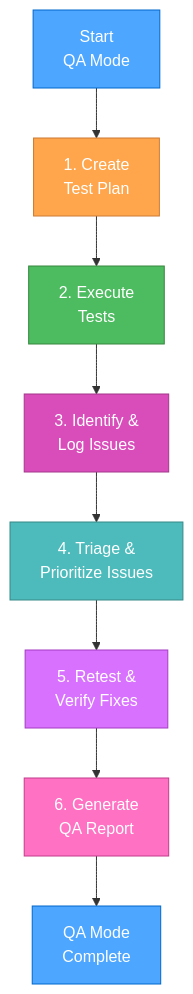
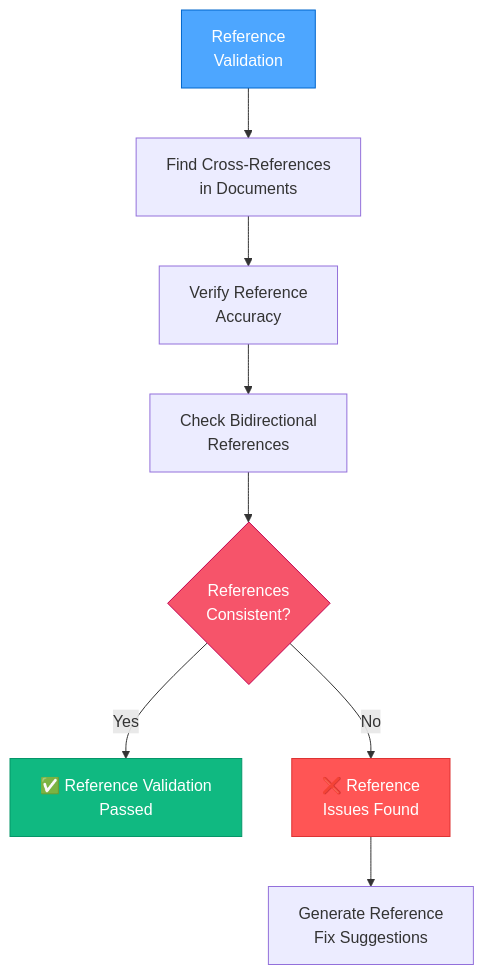
One commit to ubranch/shotgun changed the fifth of 10 diagrams in .cursor/rules/isolation_rules/visual-maps/qa-mode-map.mdc. Above: the diagram before and after it, drawn with Mermaid. The commit also changed other lines of this file and 81 other files, not shown here.

````diff
--- a/.cursor/rules/isolation_rules/visual-maps/qa-mode-map.mdc
+++ b/.cursor/rules/isolation_rules/visual-maps/qa-mode-map.mdc
@@ -13,19 +137,17 @@
 ```mermaid
 graph TD
-    Start["Start<br>QA Mode"] --> Plan["1. Create<br>Test Plan"]
-    Plan --> Execute["2. Execute<br>Tests"]
-    Execute --> Identify["3. Identify &<br>Log Issues"]
-    Identify --> Triage["4. Triage &<br>Prioritize Issues"]
-    Triage --> Retest["5. Retest &<br>Verify Fixes"]
-    Retest --> Report["6. Generate<br>QA Report"]
-    Report --> Complete["QA Mode<br>Complete"]
+    RV["Reference<br>Validation"] --> FindRefs["Find Cross-References<br>in Documents"]
+    FindRefs --> VerifyRefs["Verify Reference<br>Accuracy"]
+    VerifyRefs --> CheckBackRefs["Check Bidirectional<br>References"]
     
-    style Start fill:#4da6ff,stroke:#0066cc,color:white
-    style Plan fill:#ffa64d,stroke:#cc7a30,color:white
-    style Execute fill:#4dbb5f,stroke:#36873f,color:white
-    style Identify fill:#d94dbb,stroke:#a3378a,color:white
-    style Triage fill:#4dbbbb,stroke:#368787,color:white
-    style Retest fill:#d971ff,stroke:#a33bc2,color:white
-    style Report fill:#ff71c2,stroke:#c23b8a,color:white
-    style Complete fill:#4da6ff,stroke:#0066cc,color:white
+    CheckBackRefs --> RefConsistency{"References<br>Consistent?"}
+    RefConsistency -->|"Yes"| PassRefs["✅ Reference Validation<br>Passed"]
+    RefConsistency -->|"No"| FailRefs["❌ Reference<br>Issues Found"]
+    
+    FailRefs --> RefFixSuggestions["Generate Reference<br>Fix Suggestions"]
+    
+    style RV fill:#4da6ff,stroke:#0066cc,color:white
+    style RefConsistency fill:#f6546a,stroke:#c30052,color:white
+    style PassRefs fill:#10b981,stroke:#059669,color:white
+    style FailRefs fill:#ff5555,stroke:#dd3333,color:white
 ```
````
